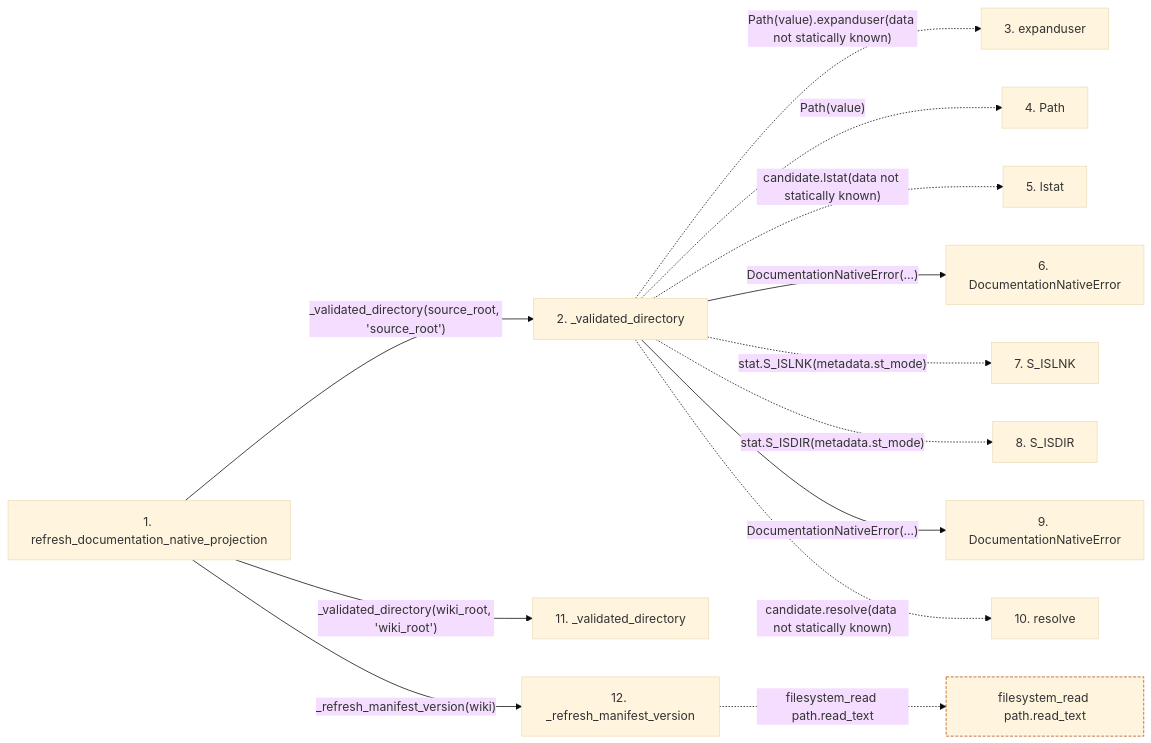
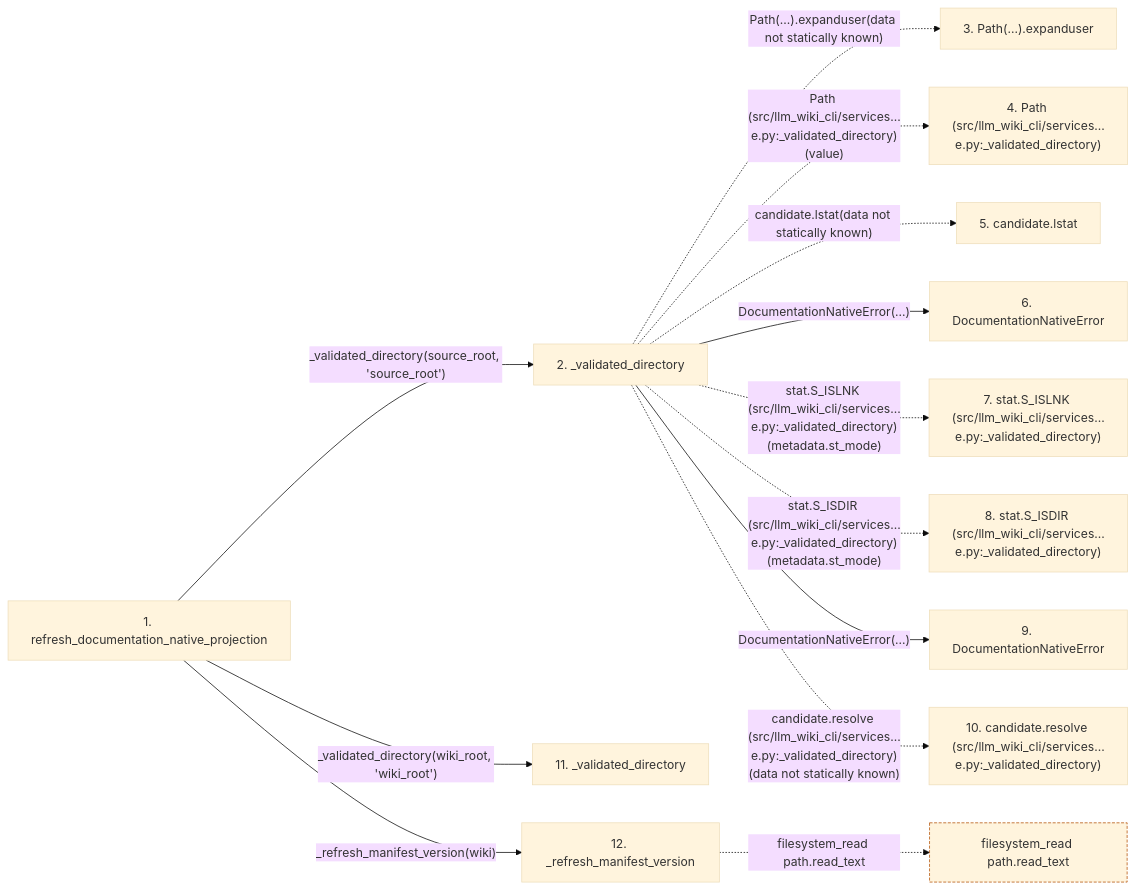
Before and after one commit to Denissvgn/python-wiki-llm: the second of 2 diagrams in docs/llm_wiki/flows/api-refresh_documentation_native_projection.md, drawn with Mermaid (base theme). The commit also changed other lines of this file and 719 other files, not shown here.

````diff
--- a/docs/llm_wiki/flows/api-refresh_documentation_native_projection.md
+++ b/docs/llm_wiki/flows/api-refresh_documentation_native_projection.md
@@ -121,36 +129,36 @@
 ```mermaid
 flowchart LR
     s1["1. refresh_documentation_native_projection"]
     s2["2. _validated_directory"]
-    s3["3. expanduser"]
-    s4["4. Path"]
-    s5["5. lstat"]
+    s3["3. Path(…).expanduser"]
+    s4["4. Path (src/llm_wiki_cli/services…e.py:_validated_directory)"]
+    s5["5. candidate.lstat"]
     s6["6. DocumentationNativeError"]
-    s7["7. S_ISLNK"]
-    s8["8. S_ISDIR"]
+    s7["7. stat.S_ISLNK (src/llm_wiki_cli/services…e.py:_validated_directory)"]
+    s8["8. stat.S_ISDIR (src/llm_wiki_cli/services…e.py:_validated_directory)"]
     s9["9. DocumentationNativeError"]
-    s10["10. resolve"]
+    s10["10. candidate.resolve (src/llm_wiki_cli/services…e.py:_validated_directory)"]
     s11["11. _validated_directory"]
     s12["12. _refresh_manifest_version"]
     s1 -->|"_validated_directory(source_root, 'source_root')"| s2
-    s2 -. "Path(value).expanduser(data not statically known)" .-> s3
-    s2 -. "Path(value)" .-> s4
+    s2 -. "Path(…).expanduser(data not statically known)" .-> s3
+    s2 -. "Path (src/llm_wiki_cli/services…e.py:_validated_directory)(value)" .-> s4
     s2 -. "candidate.lstat(data not statically known)" .-> s5
     s2 -->|"DocumentationNativeError(...)"| s6
-    s2 -. "stat.S_ISLNK(metadata.st_mode)" .-> s7
-    s2 -. "stat.S_ISDIR(metadata.st_mode)" .-> s8
+    s2 -. "stat.S_ISLNK (src/llm_wiki_cli/services…e.py:_validated_directory)(metadata.st_mode)" .-> s7
+    s2 -. "stat.S_ISDIR (src/llm_wiki_cli/services…e.py:_validated_directory)(metadata.st_mode)" .-> s8
     s2 -->|"DocumentationNativeError(...)"| s9
-    s2 -. "candidate.resolve(data not statically known)" .-> s10
+    s2 -. "candidate.resolve (src/llm_wiki_cli/services…e.py:_validated_directory)(data not statically known)" .-> s10
     s1 -->|"_validated_directory(wiki_root, 'wiki_root')"| s11
     s1 -->|"_refresh_manifest_version(wiki)"| s12
     b0["filesystem_read path.read_text"]
     s12 -. "filesystem_read path.read_text" .-> b0
     click s1 "../modules/documentation_native.md"
     click s2 "../modules/documentation_native.md"
     click s6 "../modules/documentation_native.md"
     click s9 "../modules/documentation_native.md"
     click s11 "../modules/documentation_native.md"
     click s12 "../modules/documentation_native.md"
     classDef boundary stroke:#b45309,stroke-dasharray: 4 2
     class b0 boundary
 ```
````
